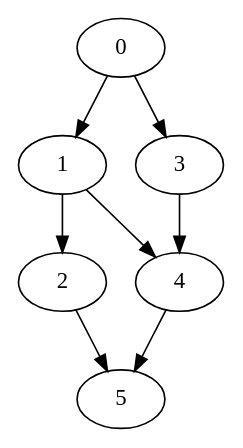
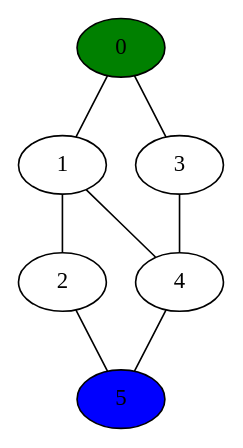
Before and after one commit to nox-x/finder: the diagram in dot/graph06a.txt.dot, drawn with Graphviz. The commit also changed 21 other files, not shown here.

```diff
--- a/dot/graph06a.txt.dot
+++ b/dot/graph06a.txt.dot
@@ -1,9 +1,11 @@
-digraph G {
-0 -> 1
-0 -> 3
-1 -> 2
-1 -> 4
-2 -> 5
-3 -> 4
-4 -> 5
+graph G {
+0 -- 1
+0 -- 3
+1 -- 2
+1 -- 4
+2 -- 5
+3 -- 4
+4 -- 5
+0 [fillcolor=green, style=filled]
+5 [fillcolor=blue, style=filled]
 }
```
